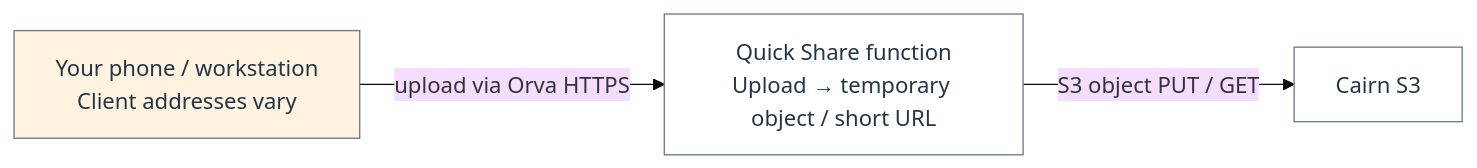
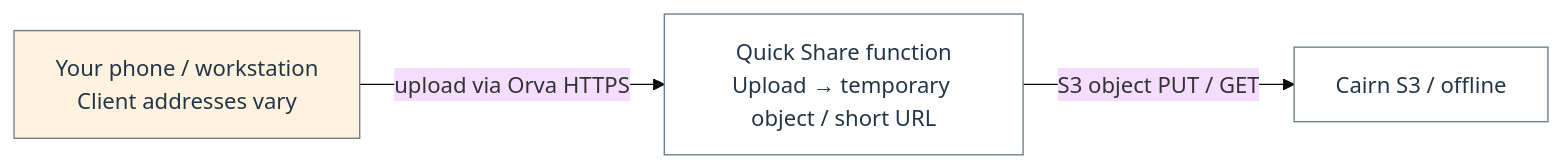
The sixth of 22 diagrams in docs/architecture/homelab-mermaid.md (Harsh-2002/Homelab), drawn with Mermaid (base theme) before and after one commit. The commit also changed other lines of this file and 77 other files, not shown here.

````diff
--- a/docs/architecture/homelab-mermaid.md
+++ b/docs/architecture/homelab-mermaid.md
@@ -354,12 +360,12 @@
 ```mermaid
 flowchart LR
   n_flow_4_0["Your phone / workstation<br/>Client addresses vary"]
   n_flow_4_1["Quick Share function<br/>Upload → temporary object / short URL"]
-  n_flow_4_2["Cairn S3"]
+  n_flow_4_2["Cairn S3 / offline"]
   n_flow_4_0 -->|"upload via Orva HTTPS"| n_flow_4_1
   n_flow_4_1 -->|"S3 object PUT / GET"| n_flow_4_2
   classDef c_flow_4_0 fill:#fff3df,stroke:#6c7f8c,color:#233647;
   class n_flow_4_0 c_flow_4_0;
   classDef c_flow_4_1 fill:#ffffff,stroke:#6c7f8c,color:#233647;
   class n_flow_4_1,n_flow_4_2 c_flow_4_1;
 ```
````
